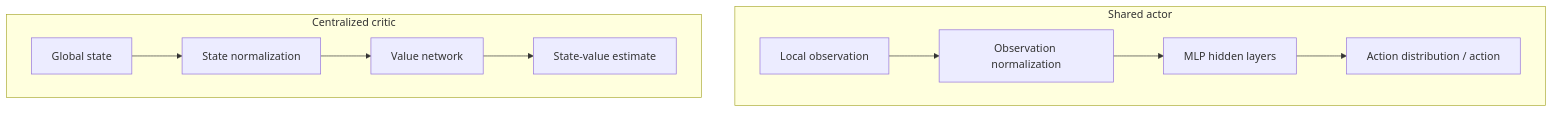
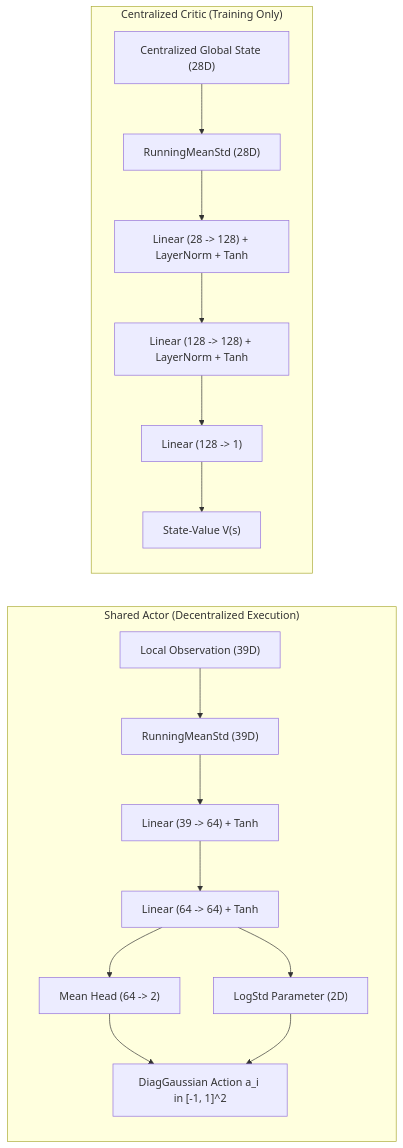
The second of 2 diagrams in Readme.md (vVIBHORj/swarm-uav-tracking-mappo), drawn with Mermaid before and after one commit. The commit also changed other lines of this file, not shown here.

````diff
--- a/Readme.md
+++ b/Readme.md
@@ -305,13 +113,20 @@
 ```mermaid
-flowchart TD
-    subgraph ACTOR["Shared actor"]
-        A["Local observation"] --> B["Observation normalization"]
-        B --> C["MLP hidden layers"]
-        C --> D["Action distribution / action"]
+flowchart LR
+    subgraph ACTOR["Shared Actor (Decentralized Execution)"]
+        O["Local Observation (39D)"] --> ON["RunningMeanStd (39D)"]
+        ON --> AL1["Linear (39 -> 64) + Tanh"]
+        AL1 --> AL2["Linear (64 -> 64) + Tanh"]
+        AL2 --> AM["Mean Head (64 -> 2)"]
+        AL2 --> AS["LogStd Parameter (2D)"]
+        AM --> ACT["DiagGaussian Action a_i in [-1, 1]^2"]
+        AS --> ACT
     end
-    subgraph CRITIC["Centralized critic"]
-        E["Global state"] --> F["State normalization"]
-        F --> G["Value network"]
-        G --> H["State-value estimate"]
+
+    subgraph CRITIC["Centralized Critic (Training Only)"]
+        S["Centralized Global State (28D)"] --> SN["RunningMeanStd (28D)"]
+        SN --> CL1["Linear (28 -> 128) + LayerNorm + Tanh"]
+        CL1 --> CL2["Linear (128 -> 128) + LayerNorm + Tanh"]
+        CL2 --> CV["Linear (128 -> 1)"]
+        CV --> VAL["State-Value V(s)"]
     end
 ```
````
